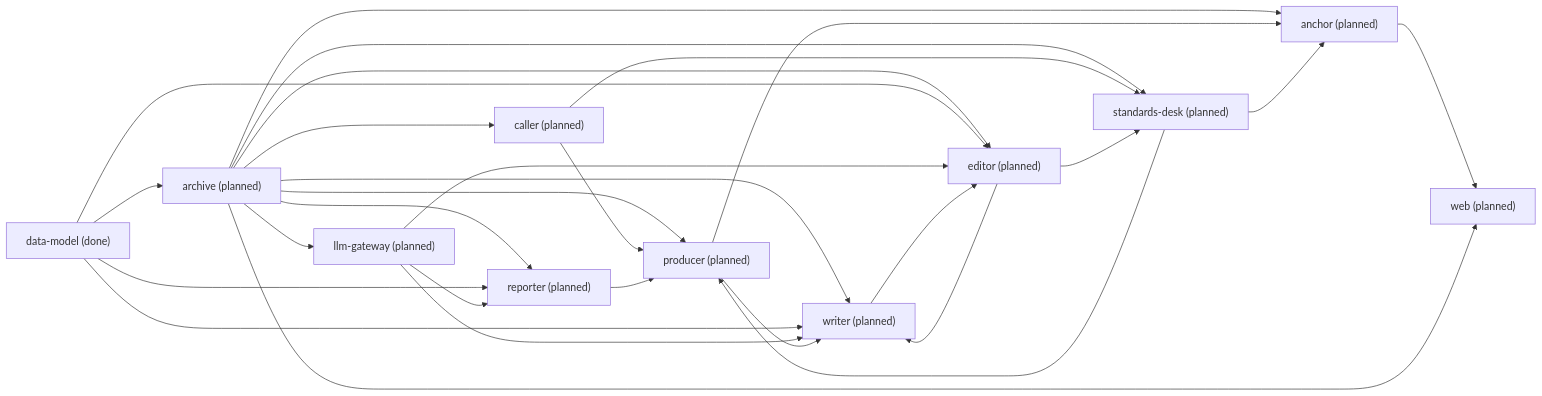
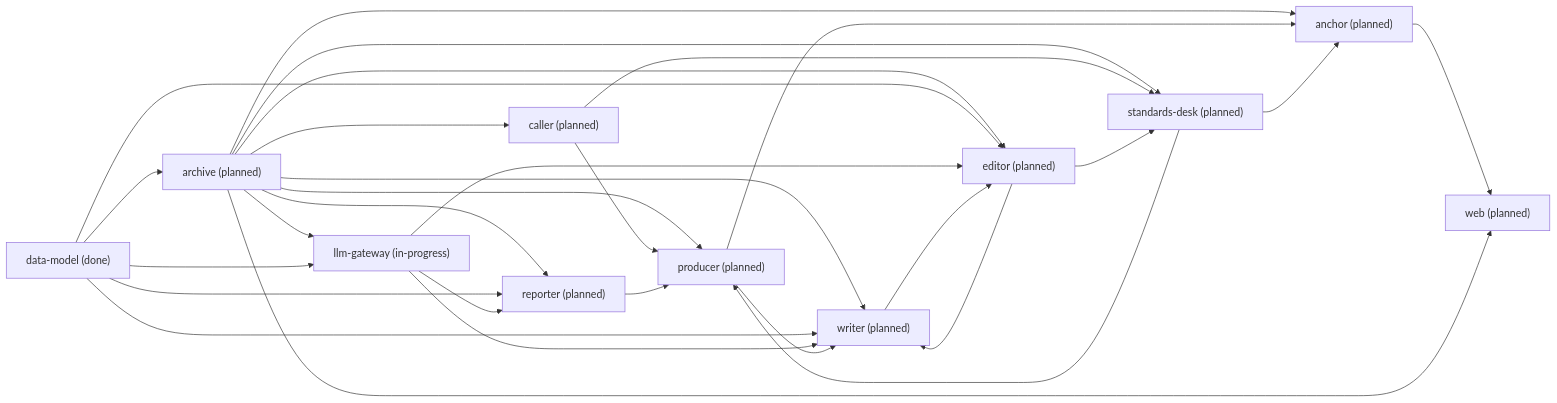
Before and after one commit to Yadnu/newsroom: the diagram in context/GRAPH.md, drawn with Mermaid. The commit also changed other lines of this file and 10 other files, not shown here.

First line of the commit message:
llm-gateway: complete() and embed() with routing, retries, cost accounting (task 1.2)

````diff
--- a/context/GRAPH.md
+++ b/context/GRAPH.md
@@ -30,41 +30,42 @@
 ```mermaid
 flowchart LR
   anchor["anchor (planned)"]
   archive["archive (planned)"]
   caller["caller (planned)"]
   data_model["data-model (done)"]
   editor["editor (planned)"]
-  llm_gateway["llm-gateway (planned)"]
+  llm_gateway["llm-gateway (in-progress)"]
   producer["producer (planned)"]
   reporter["reporter (planned)"]
   standards_desk["standards-desk (planned)"]
   web["web (planned)"]
   writer["writer (planned)"]
   anchor --> web
   archive --> anchor
   archive --> caller
   archive --> editor
   archive --> llm_gateway
   archive --> producer
   archive --> reporter
   archive --> standards_desk
   archive --> web
   archive --> writer
   caller --> producer
   caller --> standards_desk
   data_model --> archive
   data_model --> editor
+  data_model --> llm_gateway
   data_model --> reporter
   data_model --> writer
   editor --> standards_desk
   editor --> writer
   llm_gateway --> editor
   llm_gateway --> reporter
   llm_gateway --> writer
   producer --> anchor
   producer --> writer
   reporter --> producer
   standards_desk --> anchor
   standards_desk --> producer
   writer --> editor
 ```
````
